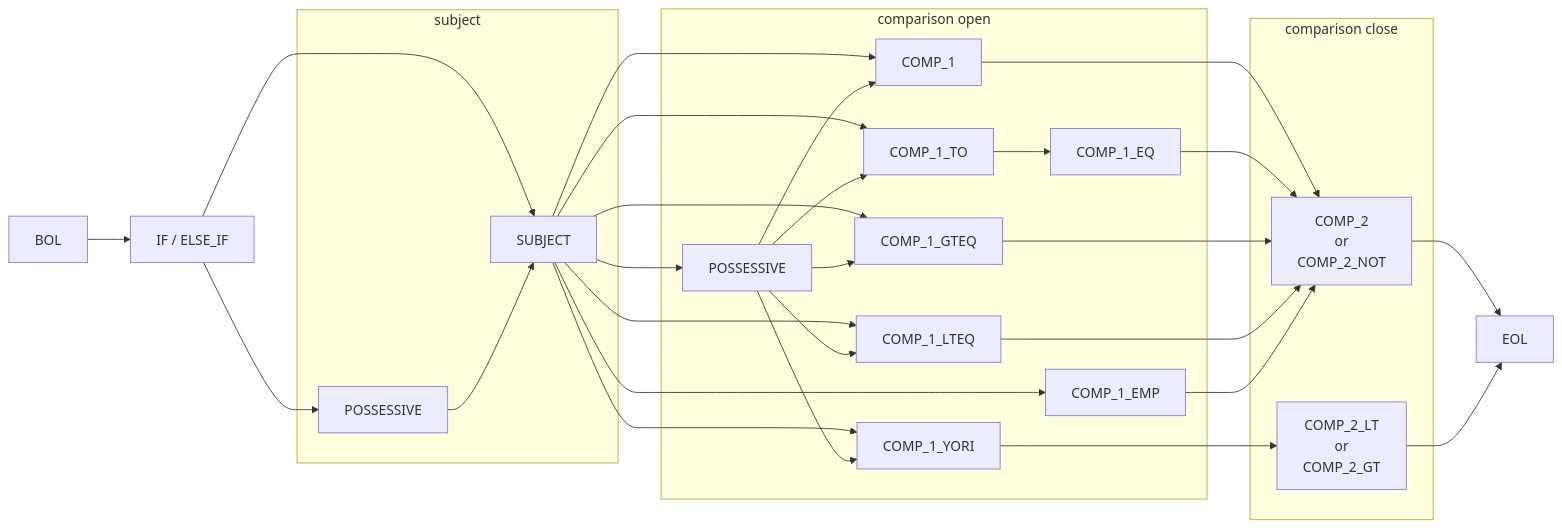
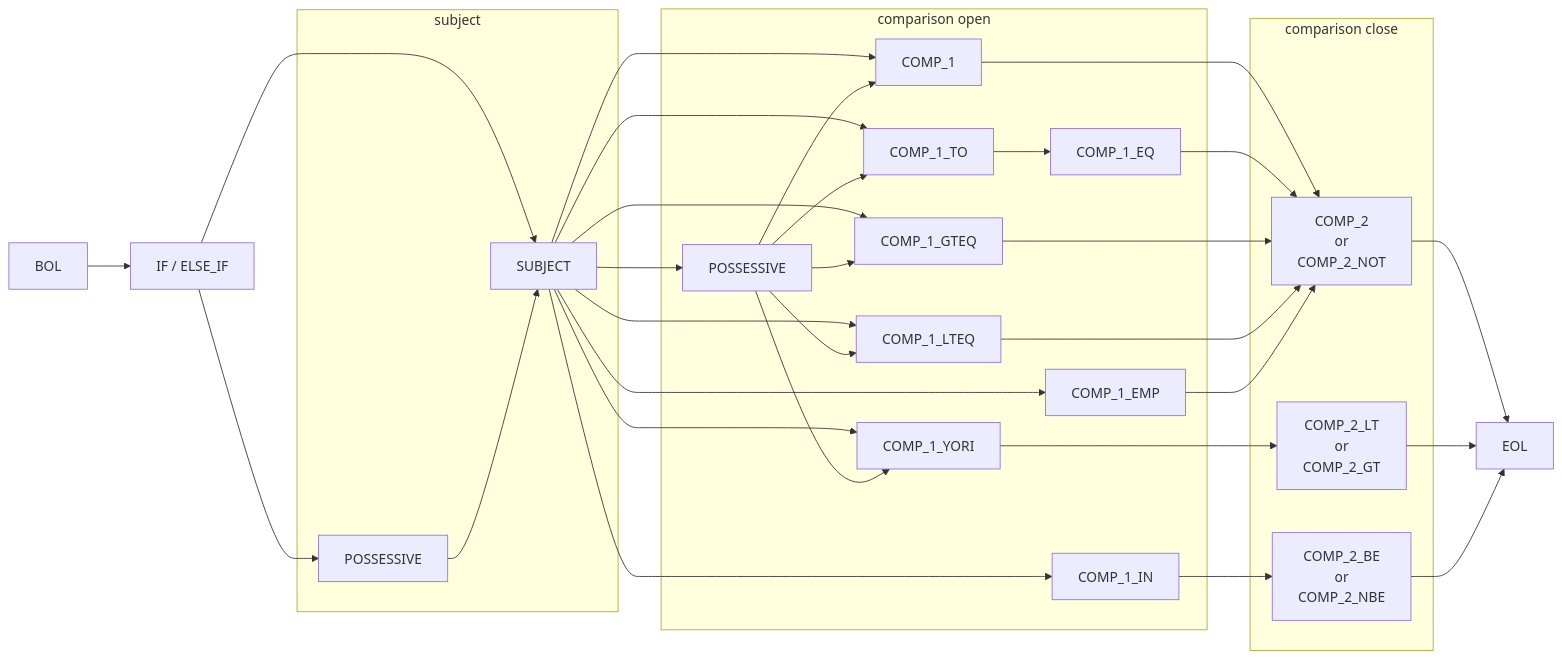
The eighth of 12 diagrams in documentation/nfsm.md (rewhowe/snapdragon), drawn with Mermaid before and after one commit. The commit also changed other lines of this file and 2 other files, not shown here.

Commit message:
update nfsm

````diff
--- a/documentation/nfsm.md
+++ b/documentation/nfsm.md
@@ -189,49 +190,55 @@
 ```mermaid
 graph LR
   BOL --> IF[IF / ELSE_IF]
 
   IF --> SUBJECT
   IF --> POSSESSIVE_1[POSSESSIVE]
 
   SUBJECT --> COMP_1
   SUBJECT --> COMP_1_TO
   SUBJECT --> COMP_1_YORI
   SUBJECT --> COMP_1_GTEQ
   SUBJECT --> COMP_1_LTEQ
   SUBJECT --> POSSESSIVE_2[POSSESSIVE]
   SUBJECT --> COMP_1_EMP
+  SUBJECT --> COMP_1_IN
 
   COMP_1 --> COMP_2["COMP_2<br>or<br>COMP_2_NOT"]
 
   COMP_1_TO --> COMP_1_EQ
   COMP_1_EQ --> COMP_2
 
   COMP_1_GTEQ --> COMP_2
   COMP_1_LTEQ --> COMP_2
 
   COMP_1_YORI --> COMP_2_LTGT["COMP_2_LT<br>or<br>COMP_2_GT"]
 
   COMP_1_EMP --> COMP_2
 
+  COMP_1_IN --> COMP_2_BENBE["COMP_2_BE<br>or<br>COMP_2_NBE"]
+
   COMP_2 --> EOL
   COMP_2_LTGT --> EOL
+  COMP_2_BENBE --> EOL
 
   subgraph subject
     POSSESSIVE_1 --> SUBJECT
   end
 
   subgraph comparison open
     POSSESSIVE_2 --> COMP_1
     POSSESSIVE_2 --> COMP_1_TO
     POSSESSIVE_2 --> COMP_1_YORI
     POSSESSIVE_2 --> COMP_1_GTEQ
     POSSESSIVE_2 --> COMP_1_LTEQ
     COMP_1_EQ
     COMP_1_EMP
+    COMP_1_IN
   end
 
   subgraph comparison close
     COMP_2
     COMP_2_LTGT
+    COMP_2_BENBE
   end
 ```
````
